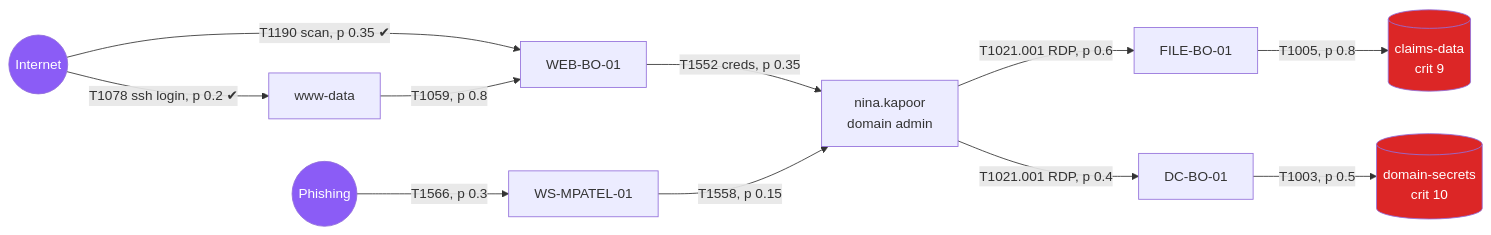
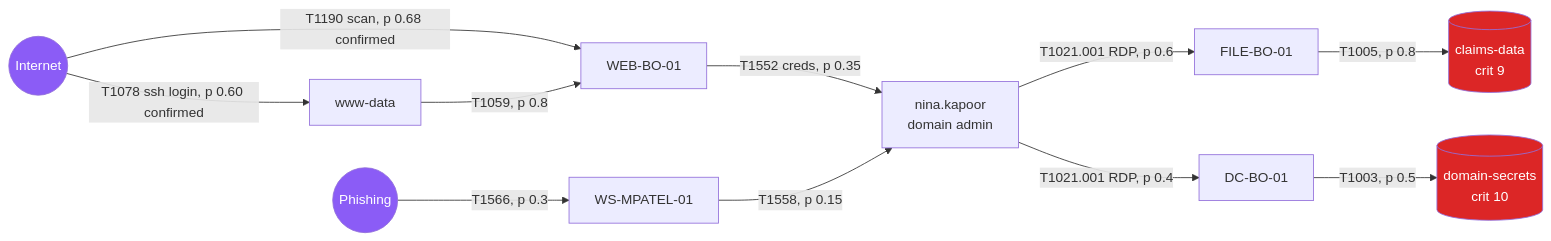
Before and after one commit to Datum-Collective/Paladin: the third of 8 diagrams in HOW_IT_WORKS.md, drawn with Mermaid. The commit also changed other lines of this file, not shown here.

````diff
--- a/HOW_IT_WORKS.md
+++ b/HOW_IT_WORKS.md
@@ -44,15 +54,15 @@
 ```mermaid
 flowchart LR
-    internet((Internet)):::ext -- "T1190 scan, p 0.35 ✔" --> WEB[WEB-BO-01]
-    internet -- "T1078 ssh login, p 0.2 ✔" --> WWW[www-data]
+    internet((Internet)):::ext -- "T1190 scan, p 0.68 confirmed" --> WEB[WEB-BO-01]
+    internet -- "T1078 ssh login, p 0.60 confirmed" --> WWW[www-data]
     WWW -- "T1059, p 0.8" --> WEB
     WEB -- "T1552 creds, p 0.35" --> NINA[nina.kapoor<br/>domain admin]
     MAIL((Phishing)):::ext -- "T1566, p 0.3" --> MWS[WS-MPATEL-01]
     MWS -- "T1558, p 0.15" --> NINA
     NINA -- "T1021.001 RDP, p 0.6" --> FILE[FILE-BO-01]
     NINA -- "T1021.001 RDP, p 0.4" --> DC[DC-BO-01]
     FILE -- "T1005, p 0.8" --> CLAIMS[(claims-data<br/>crit 9)]:::crown
     DC -- "T1003, p 0.5" --> SECRETS[(domain-secrets<br/>crit 10)]:::crown
     classDef ext fill:#8b5cf6,color:#fff
     classDef crown fill:#dc2626,color:#fff
 ```
````
